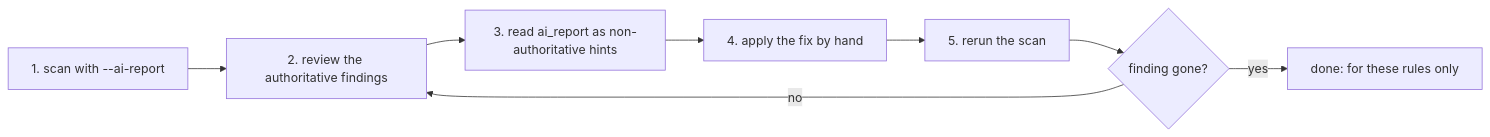
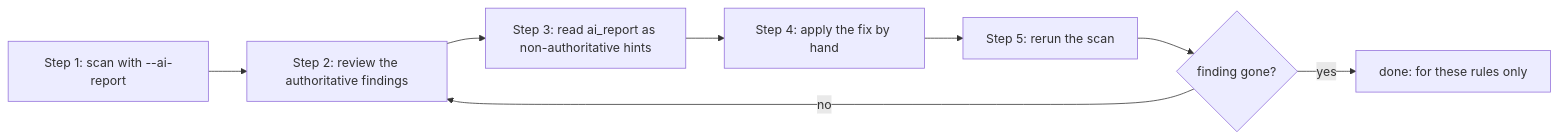
One commit to yegorsokolov/security-reviewer changed the second of 2 diagrams in docs/local-report.md. Above: the diagram before and after it, drawn with Mermaid. The commit also changed other lines of this file and 4 other files, not shown here.

First line of the commit message:
docs: address review findings on README, local-report and examples

````diff
--- a/docs/local-report.md
+++ b/docs/local-report.md
@@ -190,10 +190,10 @@
 ```mermaid
 flowchart LR
-    A[1. scan with --ai-report] --> B[2. review the authoritative findings]
-    B --> C[3. read ai_report as non-authoritative hints]
-    C --> D[4. apply the fix by hand]
-    D --> E[5. rerun the scan]
+    A[Step 1: scan with --ai-report] --> B[Step 2: review the authoritative findings]
+    B --> C[Step 3: read ai_report as non-authoritative hints]
+    C --> D[Step 4: apply the fix by hand]
+    D --> E[Step 5: rerun the scan]
     E --> F{finding gone?}
     F -- yes --> G[done: for these rules only]
     F -- no --> B
 ```
````
